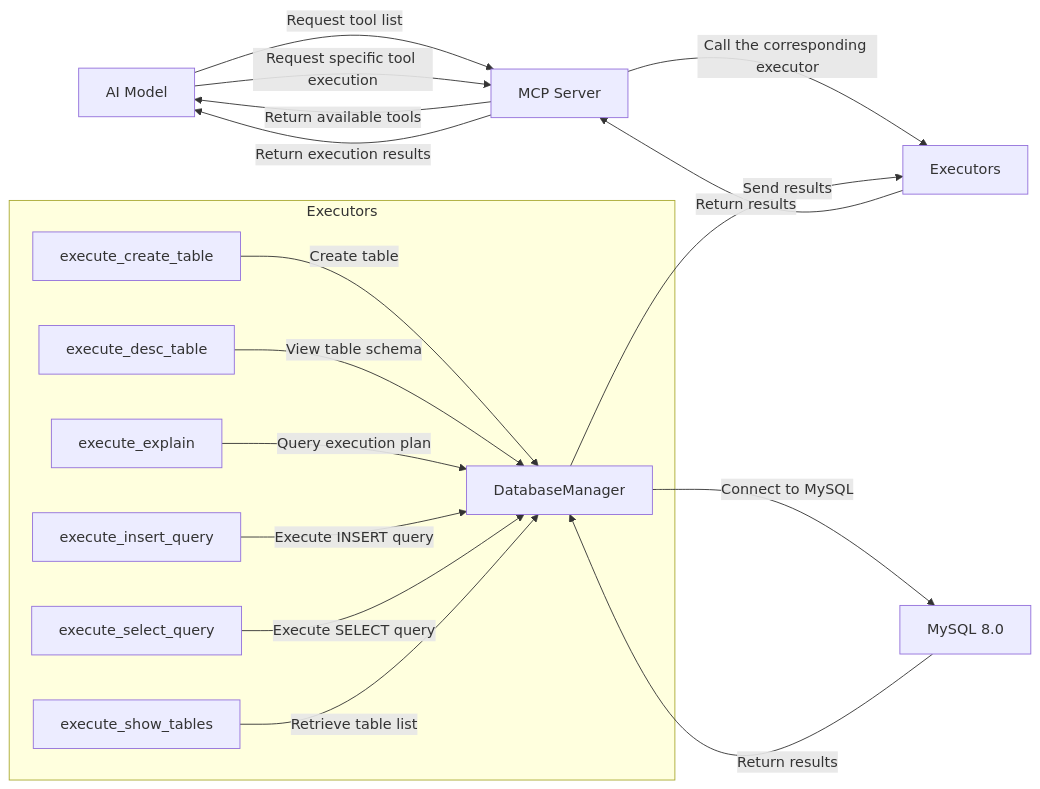
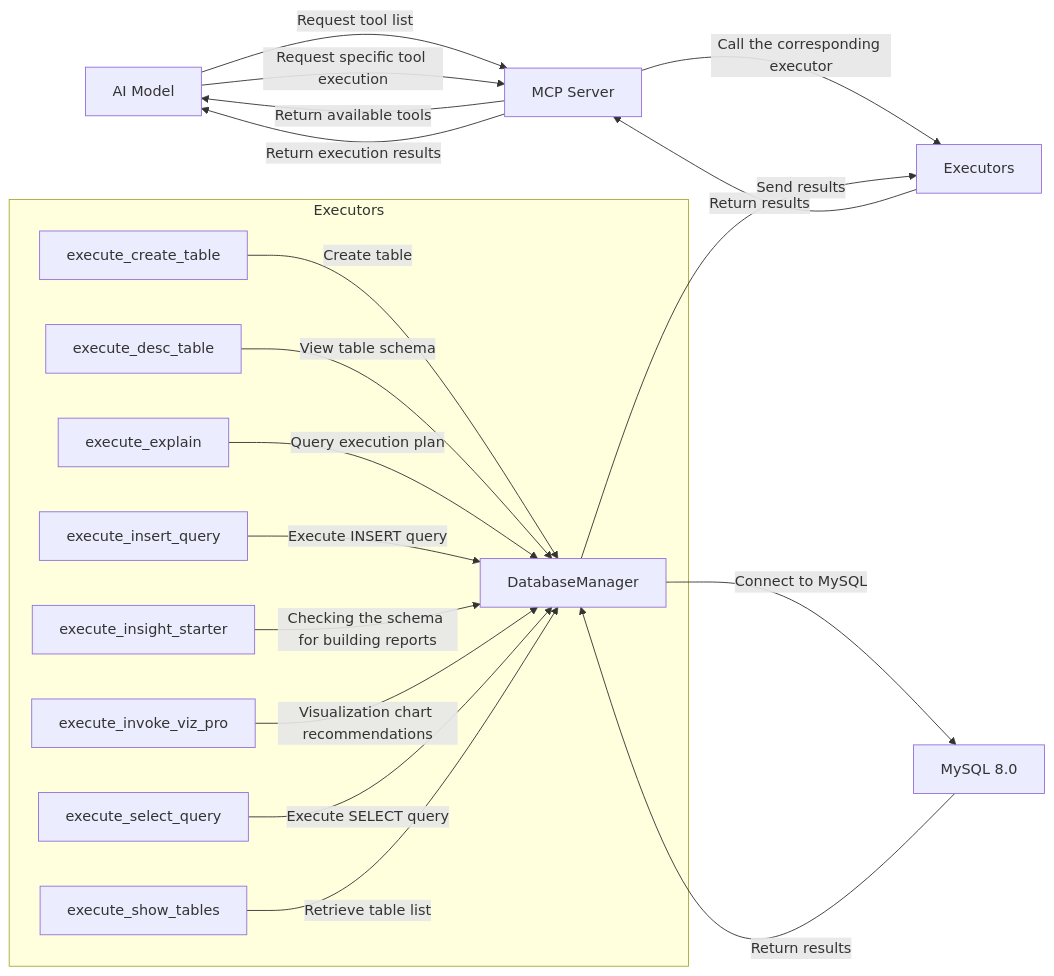
Before and after one commit to Mineru98/mysql-mcp-server: the diagram in README.md, drawn with Mermaid. The commit also changed other lines of this file and 1 other file, not shown here.

Commit message:
Docs : 보고서 작성을 위한 도구 및 시각 자료 차트 추천 도구 추가
- README 파일에 새로운 도구 설명 추가
- 실행 흐름도 업데이트

````diff
--- a/README.md
+++ b/README.md
@@ -59,24 +59,26 @@
 ```mermaid
 flowchart LR;
     A[AI Model] -->|Request tool list| B[MCP Server]
     B -->|Return available tools| A
 
     A -->|Request specific tool execution| B
     B -->|Call the corresponding executor| C[Executors]
     
     subgraph Executors
         C1[execute_create_table] -->|Create table| D
         C2[execute_desc_table] -->|View table schema| D
         C3[execute_explain] -->|Query execution plan| D
         C4[execute_insert_query] -->|Execute INSERT query| D
-        C5[execute_select_query] -->|Execute SELECT query| D
-        C6[execute_show_tables] -->|Retrieve table list| D
+        C5[execute_insight_starter] -->|Checking the schema for building reports| D
+        C6[execute_invoke_viz_pro] -->|Visualization chart recommendations| D
+        C7[execute_select_query] -->|Execute SELECT query| D
+        C8[execute_show_tables] -->|Retrieve table list| D
     end
 
     D[DatabaseManager] -->|Connect to MySQL| E[MySQL 8.0]
 
     E -->|Return results| D
     D -->|Send results| C
     C -->|Return results| B
     B -->|Return execution results| A
 ```
````
